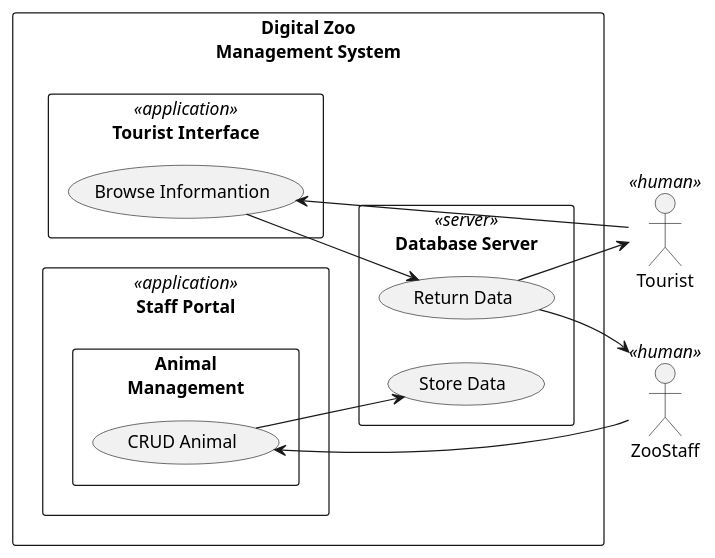
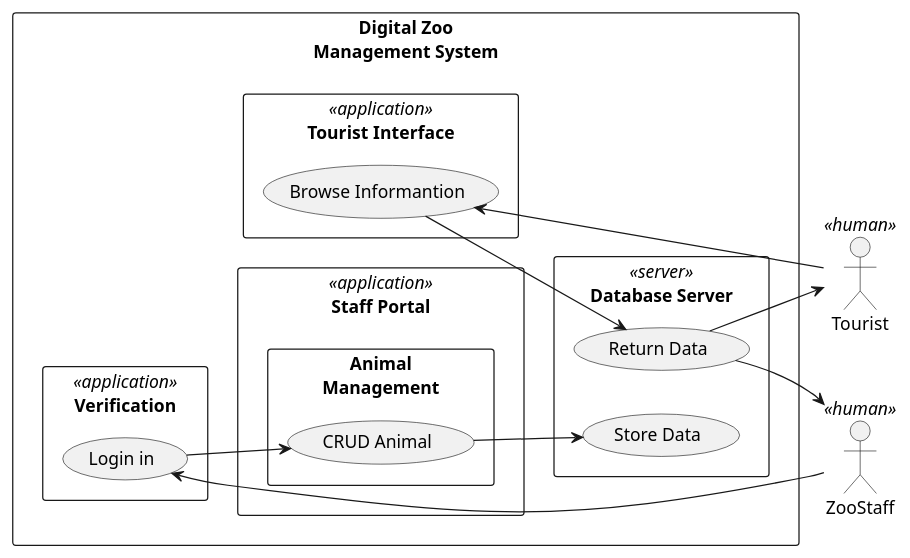
The second of 3 diagrams in UML.md (lzpmpc005/ZooConnect), drawn with PlantUML before and after one commit. The commit also changed other lines of this file and 21 other files, not shown here.

Commit message:
connect views to template; all uml added

```diff
--- a/UML.md
+++ b/UML.md
@@ -51,44 +51,51 @@
 @startuml
-
 left to right direction
 
 actor "Tourist" << human >> as T
 actor "ZooStaff" << human >> as ZS
 
 rectangle "Digital Zoo\nManagement System" {
   
   rectangle "Staff Portal" << application >> {
      
     rectangle "Animal\nManagement"{
       usecase (CRUD Animal) as UC1
 
     }
+
+  }
+  
+  rectangle "Verification" << application >> {
+
+    usecase (Login in) as UC4
 
   }
 
   rectangle "Tourist Interface" << application >> {
 
 
     usecase (Browse Informantion) as UC5
 
   }
   
   rectangle "Database Server" << server >> {
     usecase (Store Data) as UC7
     usecase (Return Data) as UC8
   }
   
 }
 
-ZS --> UC1
+ZS --> UC4
+
+UC4 --> UC1
 
 UC1 --> UC7
 
 UC8 --> ZS
 
 T --> UC5
 
 UC5 --> UC8
 
 UC8 --> T
 @enduml
```
